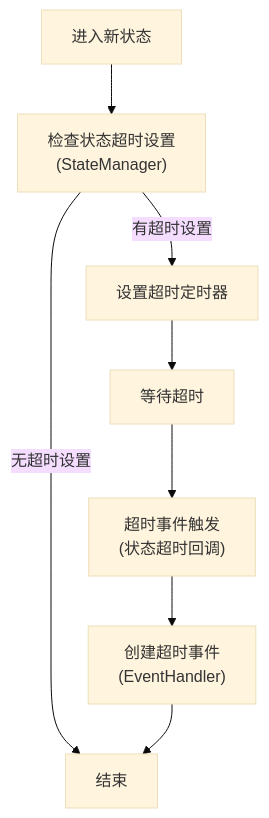
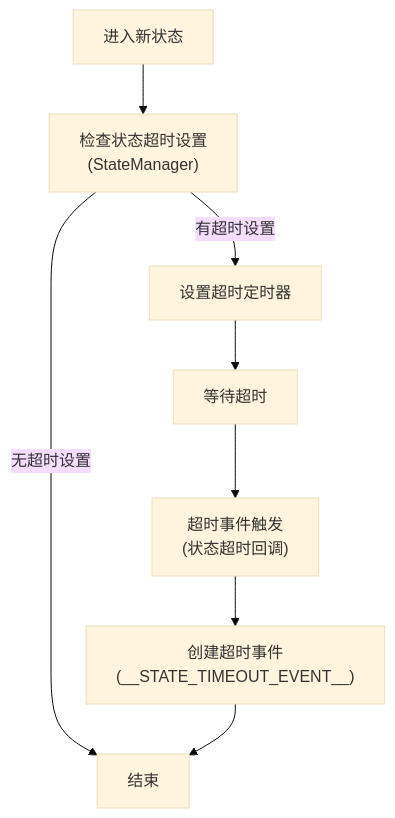
The fourth of 6 diagrams in README_CN.md (JUSTLIKEHU/StateMachine_Frame), drawn with Mermaid (base theme) before and after one commit. The commit also changed other lines of this file and 25 other files, not shown here.

````diff
--- a/README_CN.md
+++ b/README_CN.md
@@ -1265,11 +1365,11 @@
 ```mermaid
 graph TD
     Start["进入新状态"] --> Check["检查状态超时设置<br>(StateManager)"]
     Check -- 有超时设置 --> SetTimer["设置超时定时器"]
     Check -- 无超时设置 --> End[结束]
     
     SetTimer --> WaitTimeout["等待超时"]
     WaitTimeout --> Timeout["超时事件触发<br>(状态超时回调)"]
-    Timeout --> CreateEvent["创建超时事件<br>(EventHandler)"]
+    Timeout --> CreateEvent["创建超时事件<br>(__STATE_TIMEOUT_EVENT__)"]
     CreateEvent --> End
 ```
````
